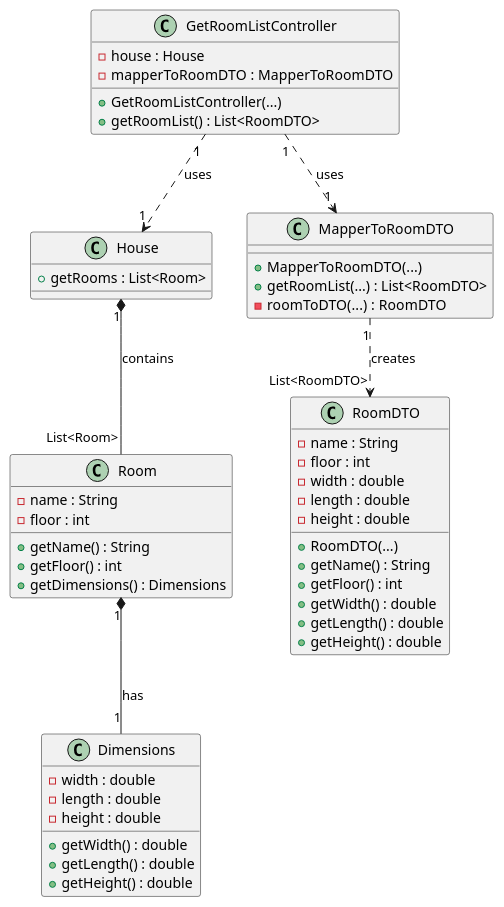
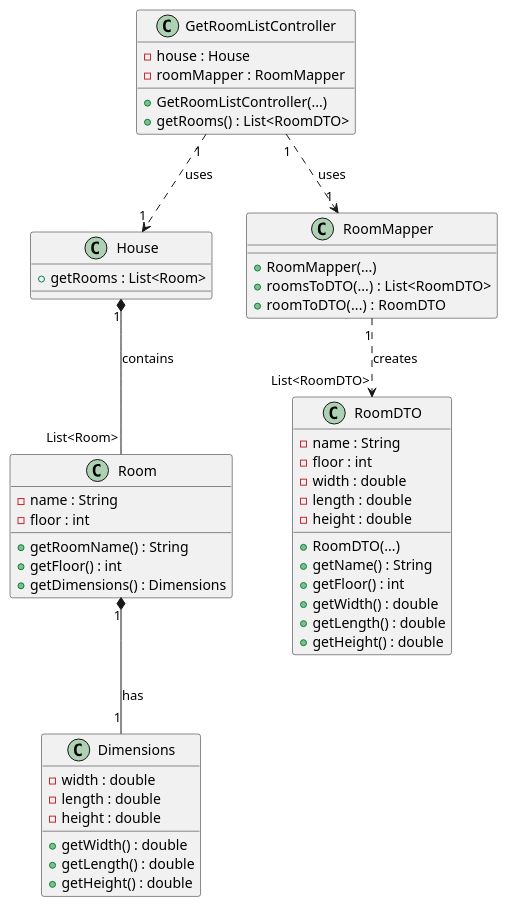
One commit to ozepedrorodrigues/projetoIntermedio changed the diagram in projetoIntermedio/docs/class/userStory/US03/UC03.puml. Above: the diagram before and after it, drawn with PlantUML.

```diff
--- a/projetoIntermedio/docs/class/userStory/US03/UC03.puml
+++ b/projetoIntermedio/docs/class/userStory/US03/UC03.puml
@@ -1,59 +1,59 @@
 @startuml
 
 class House {
   + getRooms : List<Room>
 }
 
 class GetRoomListController {
     - house : House
-    - mapperToRoomDTO : MapperToRoomDTO
+    - roomMapper : RoomMapper
     + GetRoomListController(...)
-    + getRoomList() : List<RoomDTO>
+    + getRooms() : List<RoomDTO>
 }
 
-class MapperToRoomDTO {
-    + MapperToRoomDTO(...)
-    + getRoomList(...) : List<RoomDTO>
-    - roomToDTO(...) : RoomDTO
+class RoomMapper {
+    + RoomMapper(...)
+    + roomsToDTO(...) : List<RoomDTO>
+    + roomToDTO(...) : RoomDTO
 }
 
 class RoomDTO {
 - name : String
 - floor : int
 - width : double
 - length : double
 - height : double
 
 + RoomDTO(...)
 + getName() : String
 + getFloor() : int
 + getWidth() : double
 + getLength() : double
 + getHeight() : double
 }
 
 class Room {
 - name : String
 - floor : int
-+ getName() : String
++ getRoomName() : String
 + getFloor() : int
 + getDimensions() : Dimensions
 }
 
 class Dimensions {
 - width : double
 - length : double
 - height : double
 
 + getWidth() : double
 + getLength() : double
 + getHeight() : double
 }
 
 GetRoomListController "1" ..> "1" House : uses
-GetRoomListController "1" ..> "1" MapperToRoomDTO : uses
-MapperToRoomDTO "1" ..> "List<RoomDTO>" RoomDTO : creates
+GetRoomListController "1" ..> "1" RoomMapper : uses
+RoomMapper "1" ..> "List<RoomDTO>" RoomDTO : creates
 House "1" *-- "List<Room>" Room : contains
 Room "1" *-- "1" Dimensions : has
 
 @enduml
```
